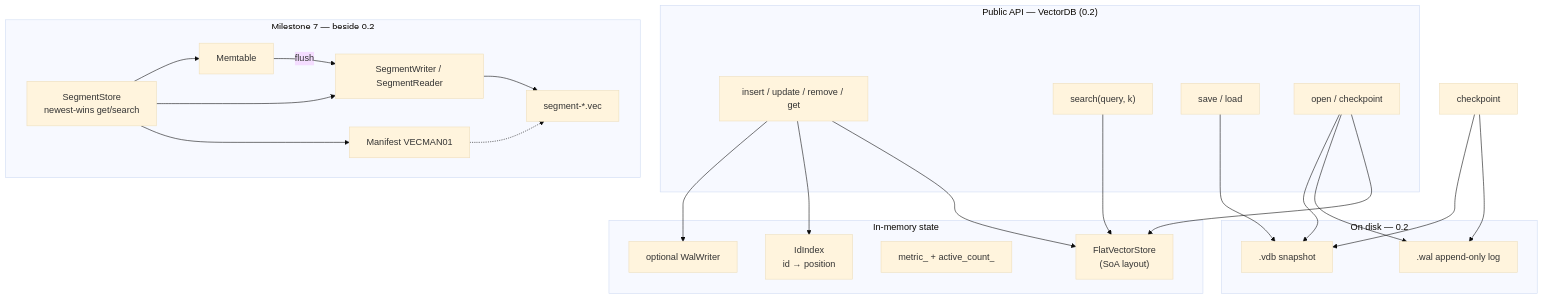
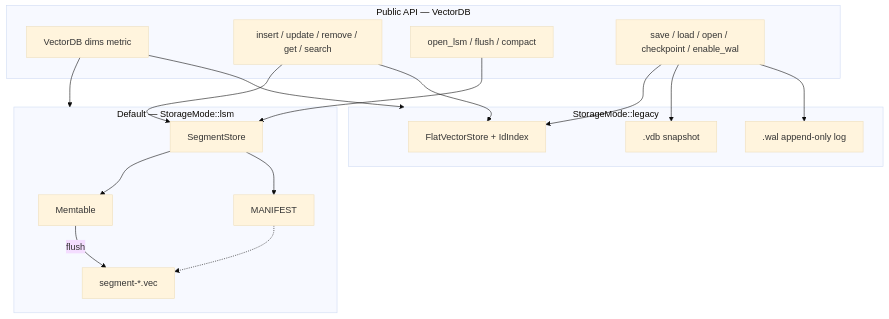
Before and after one commit to Kumario1/vectorDB: the third of 6 diagrams in README.md, drawn with Mermaid (base theme). The commit also changed other lines of this file and 12 other files, not shown here.

First line of the commit message:
feat: make SegmentStore the default VectorDB backend

````diff
--- a/README.md
+++ b/README.md
@@ -64,46 +66,35 @@
 ```mermaid
 flowchart TB
-  subgraph API["Public API — VectorDB (0.2)"]
-    insert["insert / update / remove / get"]
-    search["search(query, k)"]
-    save["save / load"]
-    open["open / checkpoint"]
+  subgraph API["Public API — VectorDB"]
+    ctor["VectorDB dims metric"]
+    crud["insert / update / remove / get / search"]
+    lsm["open_lsm / flush / compact"]
+    v02["save / load / open / checkpoint / enable_wal"]
   end
 
-  subgraph Memory["In-memory state"]
-    store["FlatVectorStore\n(SoA layout)"]
-    index["IdIndex\nid → position"]
-    meta["metric_ + active_count_"]
-    walptr["optional WalWriter"]
+  subgraph LSM["Default — StorageMode::lsm"]
+    mt["Memtable"]
+    ss["SegmentStore"]
+    man["MANIFEST"]
+    segfile["segment-*.vec"]
   end
 
-  subgraph Disk["On disk — 0.2"]
+  subgraph Legacy["StorageMode::legacy"]
+    store["FlatVectorStore + IdIndex"]
     snap[".vdb snapshot"]
     wallog[".wal append-only log"]
   end
 
-  subgraph M7["Milestone 7 — beside 0.2"]
-    seglib["SegmentWriter / SegmentReader"]
-    mt["Memtable"]
-    man["Manifest VECMAN01"]
-    ss["SegmentStore\nnewest-wins get/search"]
-    segfile["segment-*.vec"]
-  end
-
-  insert --> walptr
-  insert --> index
-  insert --> store
-  search --> store
-  save --> snap
-  open --> snap
-  open --> wallog
-  open --> store
-  checkpoint --> snap
-  checkpoint --> wallog
-  mt -->|"flush"| seglib
-  seglib --> segfile
+  ctor --> LSM
+  ctor --> Legacy
+  crud --> ss
+  crud --> store
+  lsm --> ss
   ss --> mt
   ss --> man
-  ss --> seglib
+  mt -->|"flush"| segfile
   man -.-> segfile
+  v02 --> store
+  v02 --> snap
+  v02 --> wallog
 ```
````
